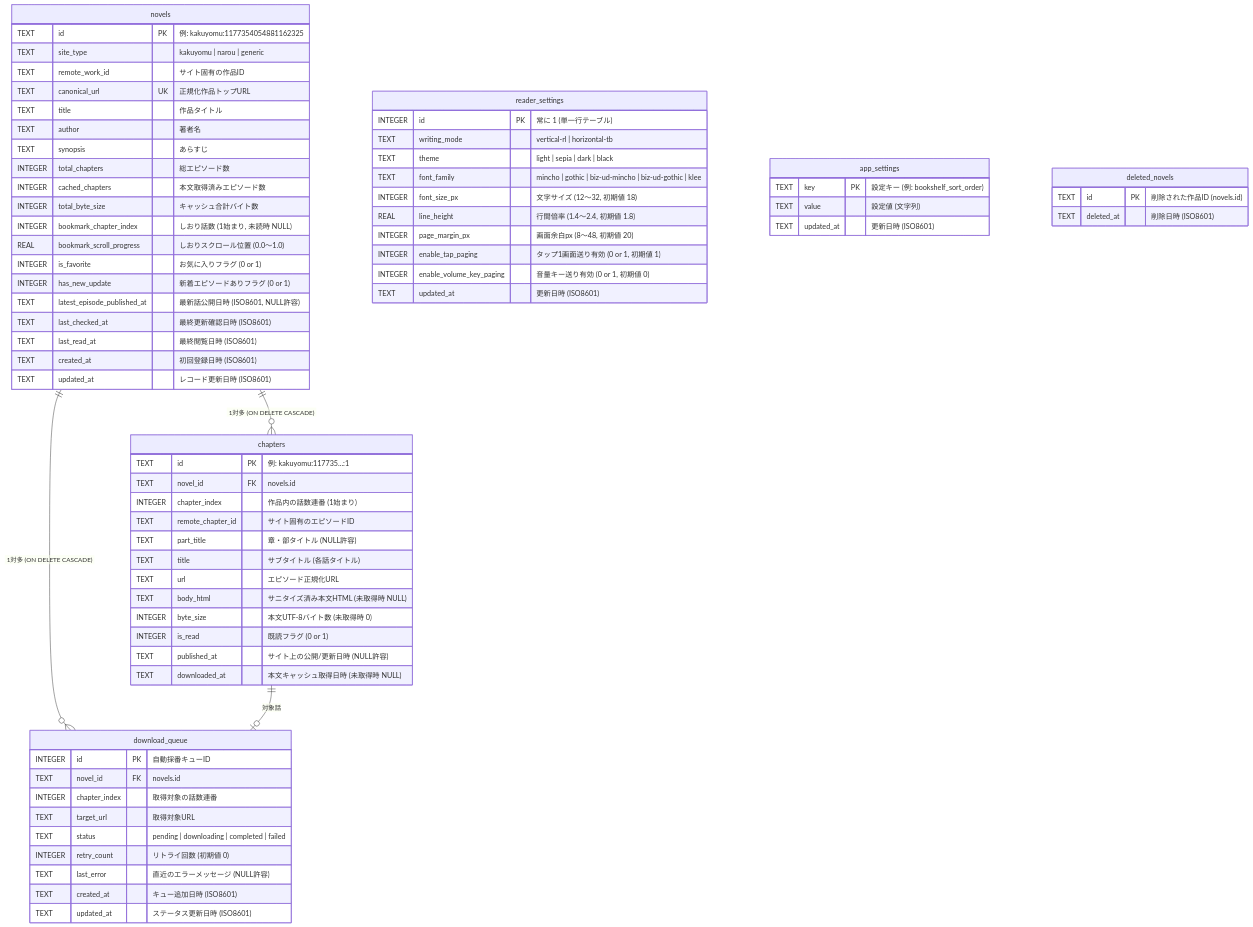
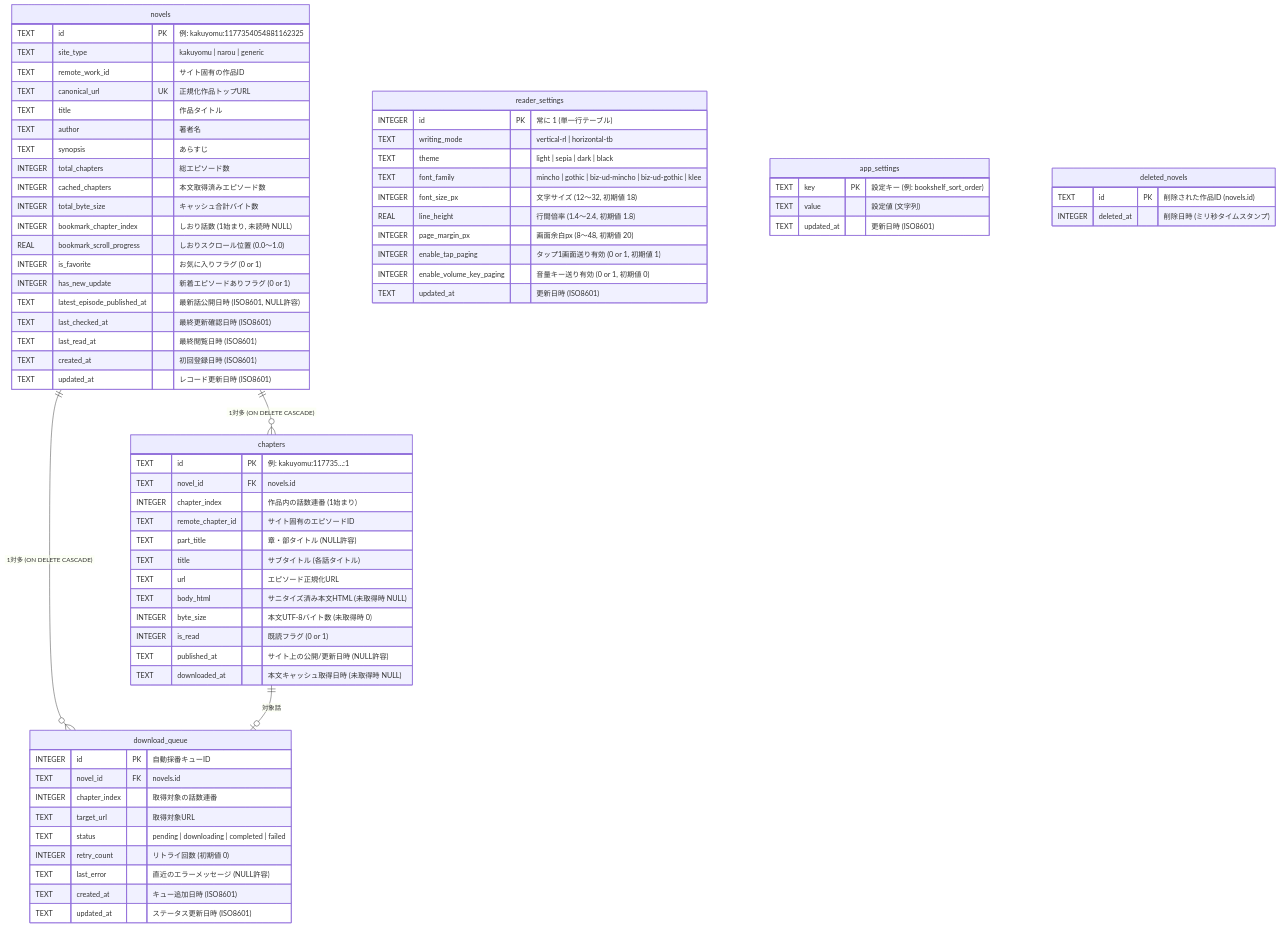
One commit to high-soar/Yommy changed the diagram in docs/specs/db-schema.md. Above: the diagram before and after it, drawn with Mermaid. The commit also changed other lines of this file and 9 other files, not shown here.

````diff
--- a/docs/specs/db-schema.md
+++ b/docs/specs/db-schema.md
@@ -54,79 +54,79 @@
 ```mermaid
 erDiagram
     novels ||--o{ chapters : "1対多 (ON DELETE CASCADE)"
     novels ||--o{ download_queue : "1対多 (ON DELETE CASCADE)"
     chapters ||--o| download_queue : "対象話"
 
     novels {
         TEXT id PK "例: kakuyomu:1177354054881162325"
         TEXT site_type "kakuyomu | narou | generic"
         TEXT remote_work_id "サイト固有の作品ID"
         TEXT canonical_url UK "正規化作品トップURL"
         TEXT title "作品タイトル"
         TEXT author "著者名"
         TEXT synopsis "あらすじ"
         INTEGER total_chapters "総エピソード数"
         INTEGER cached_chapters "本文取得済みエピソード数"
         INTEGER total_byte_size "キャッシュ合計バイト数"
         INTEGER bookmark_chapter_index "しおり話数 (1始まり, 未読時 NULL)"
         REAL bookmark_scroll_progress "しおりスクロール位置 (0.0〜1.0)"
         INTEGER is_favorite "お気に入りフラグ (0 or 1)"
         INTEGER has_new_update "新着エピソードありフラグ (0 or 1)"
         TEXT latest_episode_published_at "最新話公開日時 (ISO8601, NULL許容)"
         TEXT last_checked_at "最終更新確認日時 (ISO8601)"
         TEXT last_read_at "最終閲覧日時 (ISO8601)"
         TEXT created_at "初回登録日時 (ISO8601)"
         TEXT updated_at "レコード更新日時 (ISO8601)"
     }
 
     chapters {
         TEXT id PK "例: kakuyomu:117735...:1"
         TEXT novel_id FK "novels.id"
         INTEGER chapter_index "作品内の話数連番 (1始まり)"
         TEXT remote_chapter_id "サイト固有のエピソードID"
         TEXT part_title "章・部タイトル (NULL許容)"
         TEXT title "サブタイトル (各話タイトル)"
         TEXT url "エピソード正規化URL"
         TEXT body_html "サニタイズ済み本文HTML (未取得時 NULL)"
         INTEGER byte_size "本文UTF-8バイト数 (未取得時 0)"
         INTEGER is_read "既読フラグ (0 or 1)"
         TEXT published_at "サイト上の公開/更新日時 (NULL許容)"
         TEXT downloaded_at "本文キャッシュ取得日時 (未取得時 NULL)"
     }
 
     download_queue {
         INTEGER id PK "自動採番キューID"
         TEXT novel_id FK "novels.id"
         INTEGER chapter_index "取得対象の話数連番"
         TEXT target_url "取得対象URL"
         TEXT status "pending | downloading | completed | failed"
         INTEGER retry_count "リトライ回数 (初期値 0)"
         TEXT last_error "直近のエラーメッセージ (NULL許容)"
         TEXT created_at "キュー追加日時 (ISO8601)"
         TEXT updated_at "ステータス更新日時 (ISO8601)"
     }
 
     reader_settings {
         INTEGER id PK "常に 1 (単一行テーブル)"
         TEXT writing_mode "vertical-rl | horizontal-tb"
         TEXT theme "light | sepia | dark | black"
         TEXT font_family "mincho | gothic | biz-ud-mincho | biz-ud-gothic | klee"
         INTEGER font_size_px "文字サイズ (12〜32, 初期値 18)"
         REAL line_height "行間倍率 (1.4〜2.4, 初期値 1.8)"
         INTEGER page_margin_px "画面余白px (8〜48, 初期値 20)"
         INTEGER enable_tap_paging "タップ1画面送り有効 (0 or 1, 初期値 1)"
         INTEGER enable_volume_key_paging "音量キー送り有効 (0 or 1, 初期値 0)"
         TEXT updated_at "更新日時 (ISO8601)"
     }
 
     app_settings {
         TEXT key PK "設定キー (例: bookshelf_sort_order)"
         TEXT value "設定値 (文字列)"
         TEXT updated_at "更新日時 (ISO8601)"
     }
 
     deleted_novels {
         TEXT id PK "削除された作品ID (novels.id)"
-        TEXT deleted_at "削除日時 (ISO8601)"
+        INTEGER deleted_at "削除日時 (ミリ秒タイムスタンプ)"
     }
 ```
````
